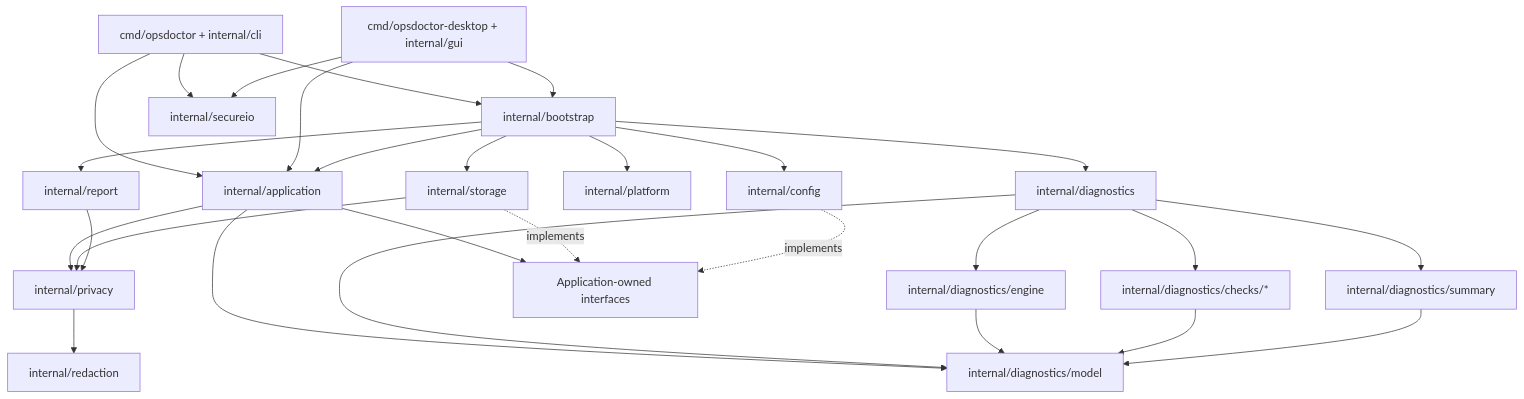
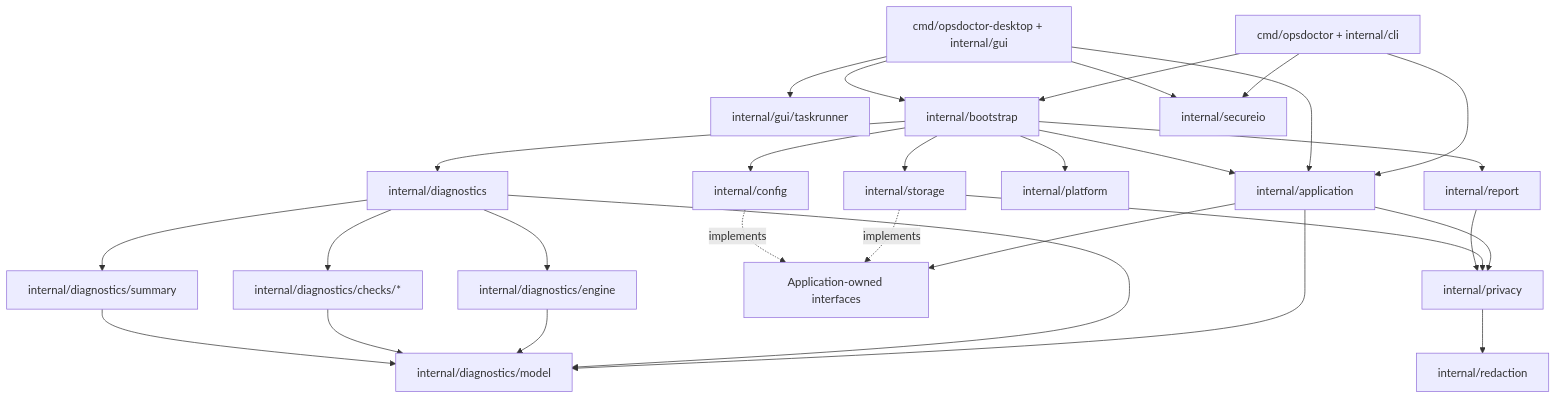
Before and after one commit to Naenier/Orynelo: the first of 2 diagrams in docs/architecture.md, drawn with Mermaid. The commit also changed other lines of this file and 32 other files, not shown here.

````diff
--- a/docs/architecture.md
+++ b/docs/architecture.md
@@ -9,48 +9,50 @@
 ```mermaid
 flowchart TD
     CLI["cmd/opsdoctor + internal/cli"]
     GUI["cmd/opsdoctor-desktop + internal/gui"]
+    TASKS["internal/gui/taskrunner"]
     BOOT["internal/bootstrap"]
     APP["internal/application"]
     RUNNER["internal/diagnostics"]
     MODEL["internal/diagnostics/model"]
     ENGINE["internal/diagnostics/engine"]
     CHECKS["internal/diagnostics/checks/*"]
     SUMMARY["internal/diagnostics/summary"]
     PORTS["Application-owned interfaces"]
     STORE["internal/storage"]
     PLATFORM["internal/platform"]
     CONFIG["internal/config"]
     REPORT["internal/report"]
     REDACT["internal/redaction"]
     PRIVACY["internal/privacy"]
     SECUREIO["internal/secureio"]
 
     CLI --> APP
     GUI --> APP
+    GUI --> TASKS
     CLI --> BOOT
     GUI --> BOOT
     BOOT --> APP
     BOOT --> RUNNER
     BOOT --> STORE
     BOOT --> PLATFORM
     BOOT --> CONFIG
     BOOT --> REPORT
     APP --> PORTS
     APP --> MODEL
     APP --> PRIVACY
     RUNNER --> ENGINE
     RUNNER --> CHECKS
     RUNNER --> SUMMARY
     RUNNER --> MODEL
     ENGINE --> MODEL
     CHECKS --> MODEL
     SUMMARY --> MODEL
     STORE -. implements .-> PORTS
     CONFIG -. implements .-> PORTS
     STORE --> PRIVACY
     REPORT --> PRIVACY
     PRIVACY --> REDACT
     CLI --> SECUREIO
     GUI --> SECUREIO
 ```
````
